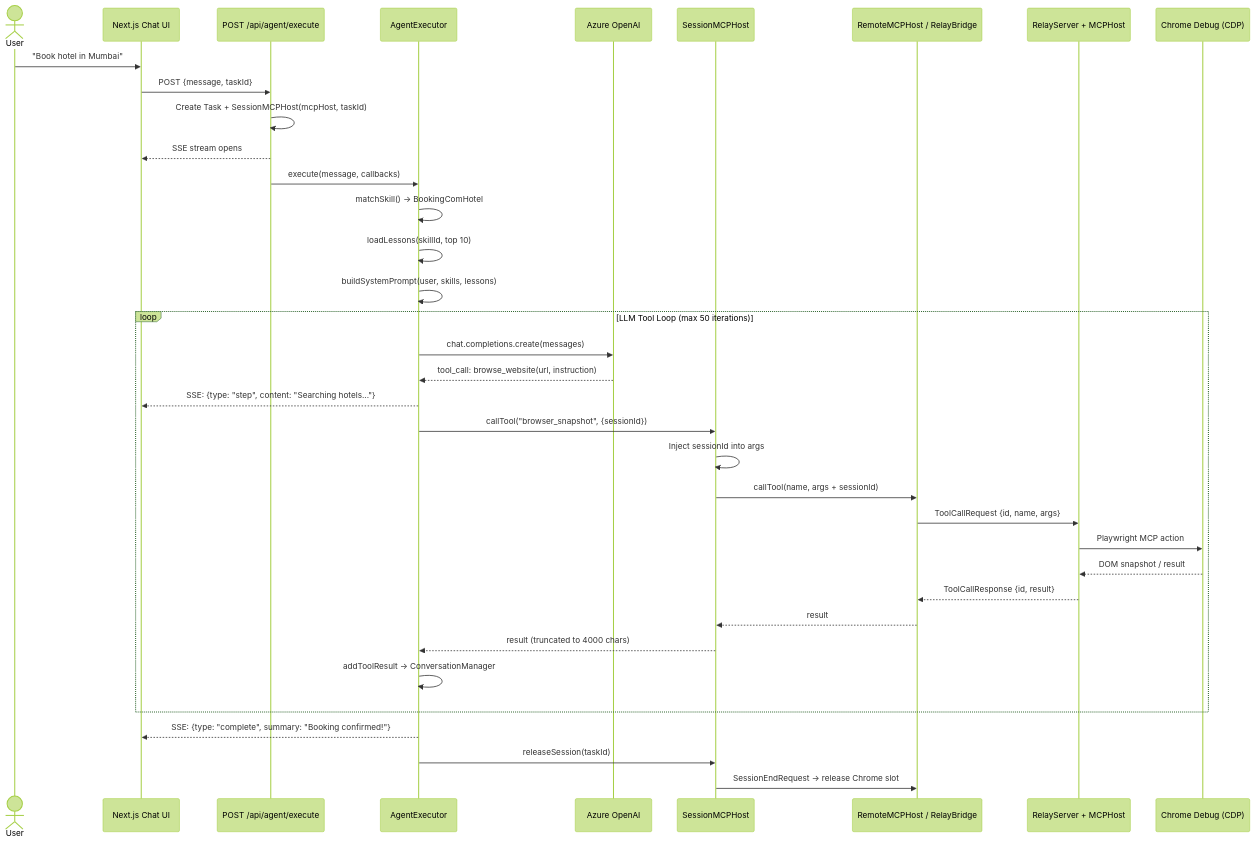
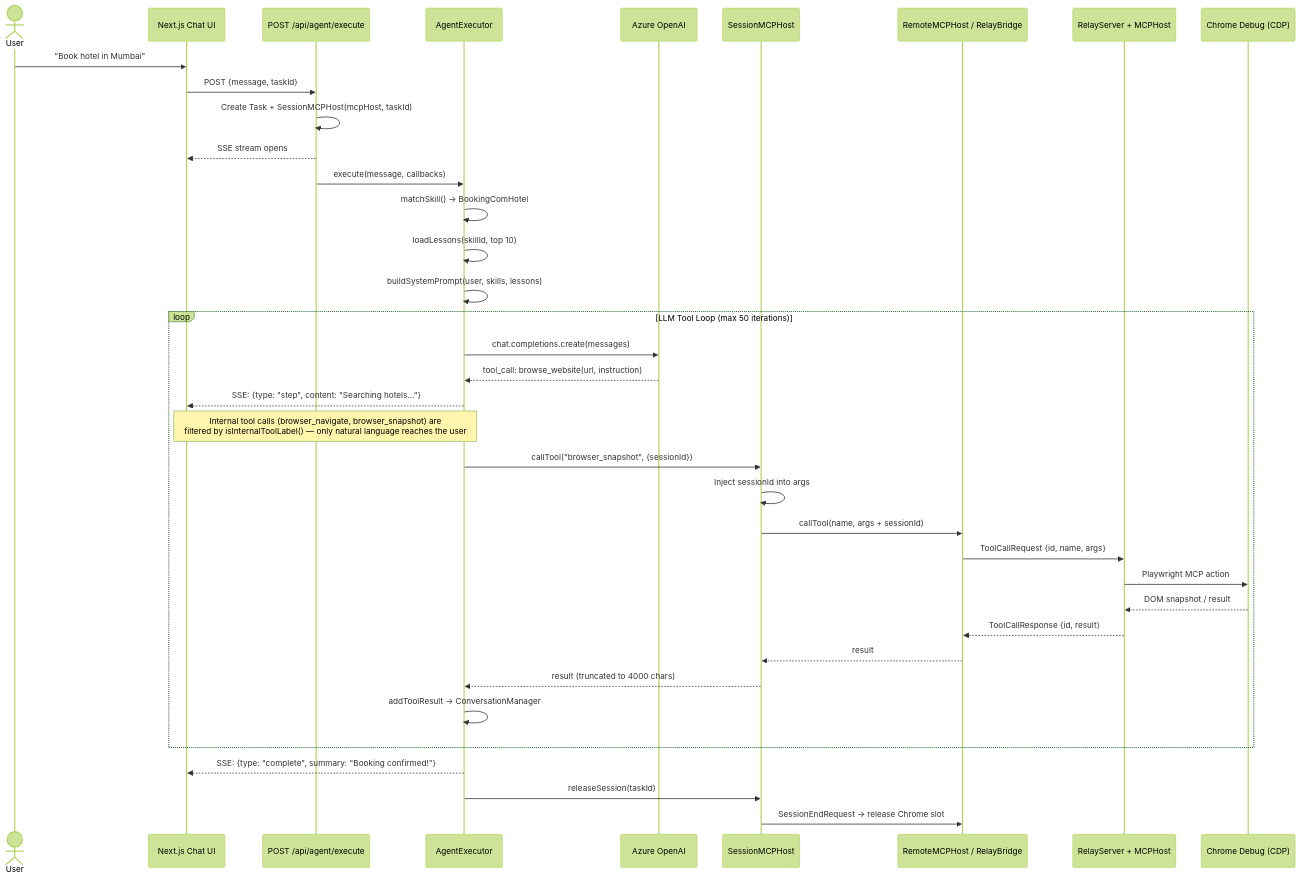
The third of 8 diagrams in docs/ARCHITECTURE.md (rohitsingh30/shofferAi), drawn with Mermaid (forest theme) before and after one commit. The commit also changed other lines of this file and 15 other files, not shown here.

````diff
--- a/docs/ARCHITECTURE.md
+++ b/docs/ARCHITECTURE.md
@@ -136,42 +136,43 @@
 ```mermaid
 sequenceDiagram
     actor User
     participant UI as Next.js Chat UI
     participant API as POST /api/agent/execute
     participant Agent as AgentExecutor
     participant LLM as Azure OpenAI
     participant SMCP as SessionMCPHost
     participant Relay as RemoteMCPHost / RelayBridge
     participant Laptop as RelayServer + MCPHost
     participant Chrome as Chrome Debug (CDP)
 
     User->>UI: "Book hotel in Mumbai"
     UI->>API: POST {message, taskId}
     API->>API: Create Task + SessionMCPHost(mcpHost, taskId)
     API-->>UI: SSE stream opens
 
     API->>Agent: execute(message, callbacks)
     Agent->>Agent: matchSkill() → BookingComHotel
     Agent->>Agent: loadLessons(skillId, top 10)
     Agent->>Agent: buildSystemPrompt(user, skills, lessons)
 
     loop LLM Tool Loop (max 50 iterations)
         Agent->>LLM: chat.completions.create(messages)
         LLM-->>Agent: tool_call: browse_website(url, instruction)
         Agent-->>UI: SSE: {type: "step", content: "Searching hotels..."}
+        Note over Agent,UI: Internal tool calls (browser_navigate, browser_snapshot) are<br/>filtered by isInternalToolLabel() — only natural language reaches the user
         Agent->>SMCP: callTool("browser_snapshot", {sessionId})
         SMCP->>SMCP: Inject sessionId into args
         SMCP->>Relay: callTool(name, args + sessionId)
         Relay->>Laptop: ToolCallRequest {id, name, args}
         Laptop->>Chrome: Playwright MCP action
         Chrome-->>Laptop: DOM snapshot / result
         Laptop-->>Relay: ToolCallResponse {id, result}
         Relay-->>SMCP: result
         SMCP-->>Agent: result (truncated to 4000 chars)
         Agent->>Agent: addToolResult → ConversationManager
     end
 
     Agent-->>UI: SSE: {type: "complete", summary: "Booking confirmed!"}
     Agent->>SMCP: releaseSession(taskId)
     SMCP->>Relay: SessionEndRequest → release Chrome slot
 ```
````
